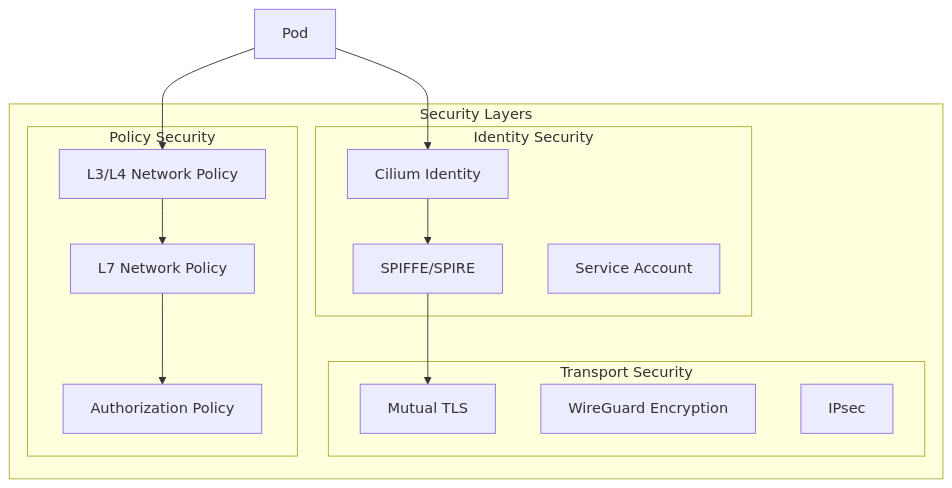
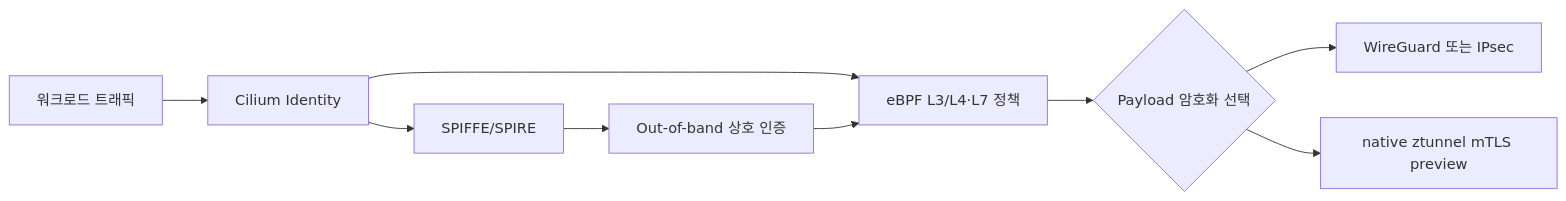
The first of 5 diagrams in ko/service-mesh/cilium-service-mesh/03-security.md (Atom-oh/kubernetes-docs), drawn with Mermaid before and after one commit. The commit also changed other lines of this file and 11 other files, not shown here.

First line of the commit message:
docs: clarify service mesh mTLS and retry guidance

````diff
--- a/ko/service-mesh/cilium-service-mesh/03-security.md
+++ b/ko/service-mesh/cilium-service-mesh/03-security.md
@@ -12,30 +18,17 @@
 ```mermaid
-graph TB
-    subgraph "Security Layers"
-        subgraph "Transport Security"
-            mTLS[Mutual TLS]
-            WG[WireGuard Encryption]
-            IPsec[IPsec]
-        end
+flowchart LR
+    Workload[워크로드 트래픽]
+    Identity[Cilium Identity]
+    Policy[eBPF L3/L4·L7 정책]
+    SPIRE[SPIFFE/SPIRE]
+    Auth[Out-of-band 상호 인증]
+    Encrypt{Payload 암호화 선택}
+    WG[WireGuard 또는 IPsec]
+    Native[native ztunnel mTLS preview]
 
-        subgraph "Identity Security"
-            SPIFFE[SPIFFE/SPIRE]
-            CiliumID[Cilium Identity]
-            SA[Service Account]
-        end
-
-        subgraph "Policy Security"
-            L3L4[L3/L4 Network Policy]
-            L7[L7 Network Policy]
-            Auth[Authorization Policy]
-        end
-    end
-
-    Pod[Pod] --> CiliumID
-    CiliumID --> SPIFFE
-    SPIFFE --> mTLS
-
-    Pod --> L3L4
-    L3L4 --> L7
-    L7 --> Auth
+    Workload --> Identity --> Policy
+    Identity --> SPIRE --> Auth --> Policy
+    Policy --> Encrypt
+    Encrypt --> WG
+    Encrypt --> Native
 ```
````
